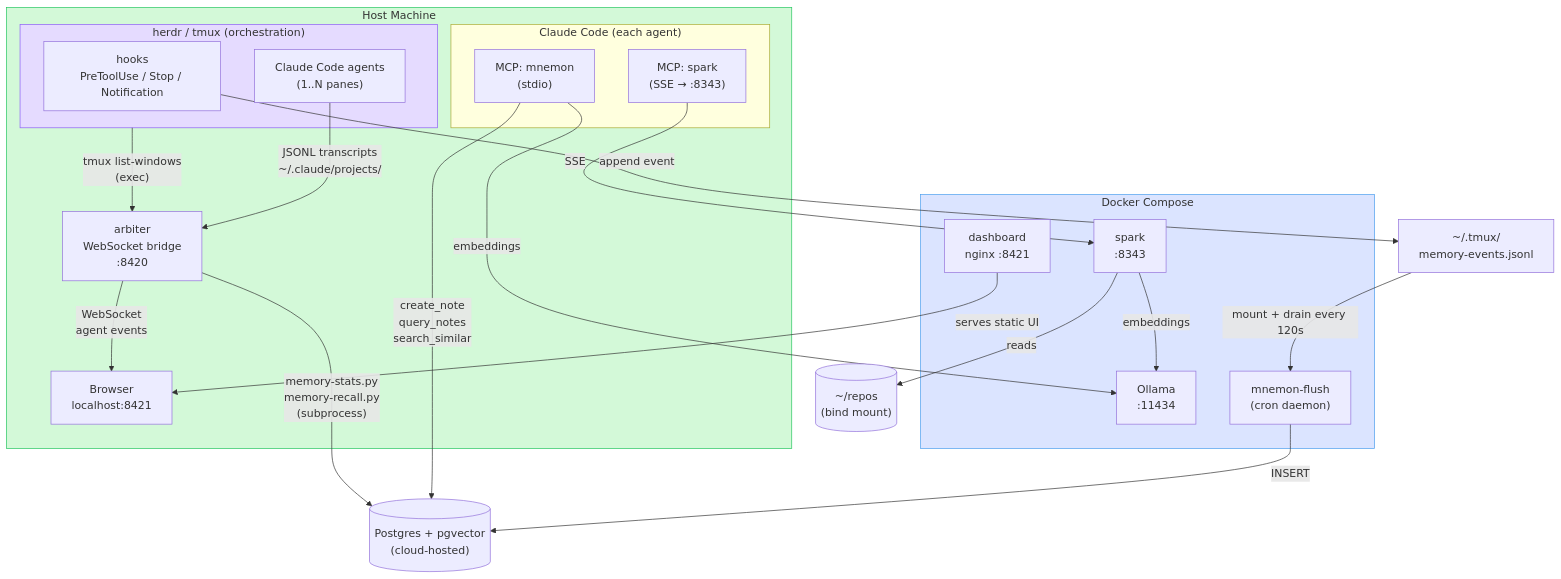
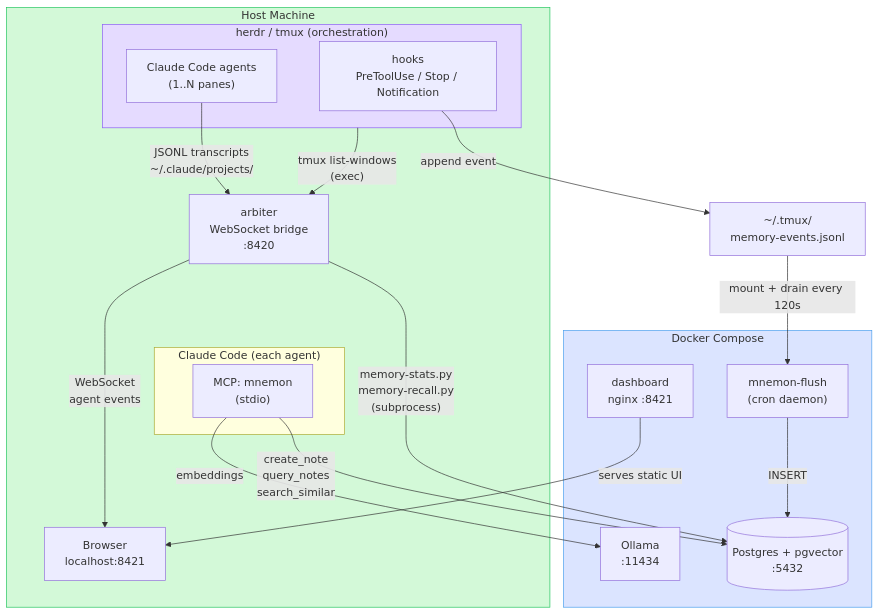
Before and after one commit to persinac/agents-nexus: the diagram in README.md, drawn with Mermaid. The commit also changed other lines of this file and 85 other files, not shown here.

````diff
--- a/README.md
+++ b/README.md
@@ -34,57 +33,49 @@
 ```mermaid
 graph TB
       subgraph host["Host Machine"]
           subgraph tmux["herdr / tmux (orchestration)"]
               agents["Claude Code agents\n(1..N panes)"]
               hooks["hooks\nPreToolUse / Stop / Notification"]
           end
 
           arbiter["arbiter\nWebSocket bridge\n:8420"]
           browser["Browser\nlocalhost:8421"]
 
           subgraph claude["Claude Code (each agent)"]
               mcp_mnemon["MCP: mnemon\n(stdio)"]
-              mcp_spark["MCP: spark\n(SSE → :8343)"]
           end
       end
 
       subgraph docker["Docker Compose"]
           ollama["Ollama\n:11434"]
-          spark_svc["spark\n:8343"]
+          postgres[("Postgres + pgvector\n:5432")]
           mnemon_flush["mnemon-flush\n(cron daemon)"]
           dashboard["dashboard\nnginx :8421"]
       end
-
-      postgres[("Postgres + pgvector\n(cloud-hosted)")]
 
       jsonl["~/.tmux/\nmemory-events.jsonl"]
 
       %% hook → jsonl → flush → postgres
       hooks -->|"append event"| jsonl
       jsonl -->|"mount + drain every 120s"| mnemon_flush
       mnemon_flush -->|"INSERT"| postgres
 
       %% MCP mnemon (stdio) → postgres
       mcp_mnemon -->|"create_note\nquery_notes\nsearch_similar"| postgres
       mcp_mnemon -->|"embeddings"| ollama
-
-      %% MCP spark → spark container
-      mcp_spark -->|"SSE"| spark_svc
-      spark_svc -->|"embeddings"| ollama
-      spark_svc -->|"reads"| repos[("~/repos\n(bind mount)")]
 
       %% arbiter ↔ tmux + transcripts
       agents -->|"JSONL transcripts\n~/.claude/projects/"| arbiter
       tmux -->|"tmux list-windows\n(exec)"| arbiter
 
       %% arbiter → dashboard browser
       arbiter -->|"WebSocket\nagent events"| browser
       dashboard -->|"serves static UI"| browser
 
       %% arbiter → mnemon scripts (subprocess)
       arbiter -->|"memory-stats.py\nmemory-recall.py\n(subprocess)"| postgres
 
       style docker fill:#dbe4ff,stroke:#4a9eed
       style host fill:#d3f9d8,stroke:#22c55e
       style tmux fill:#e5dbff,stroke:#8b5cf6
 ```
````
